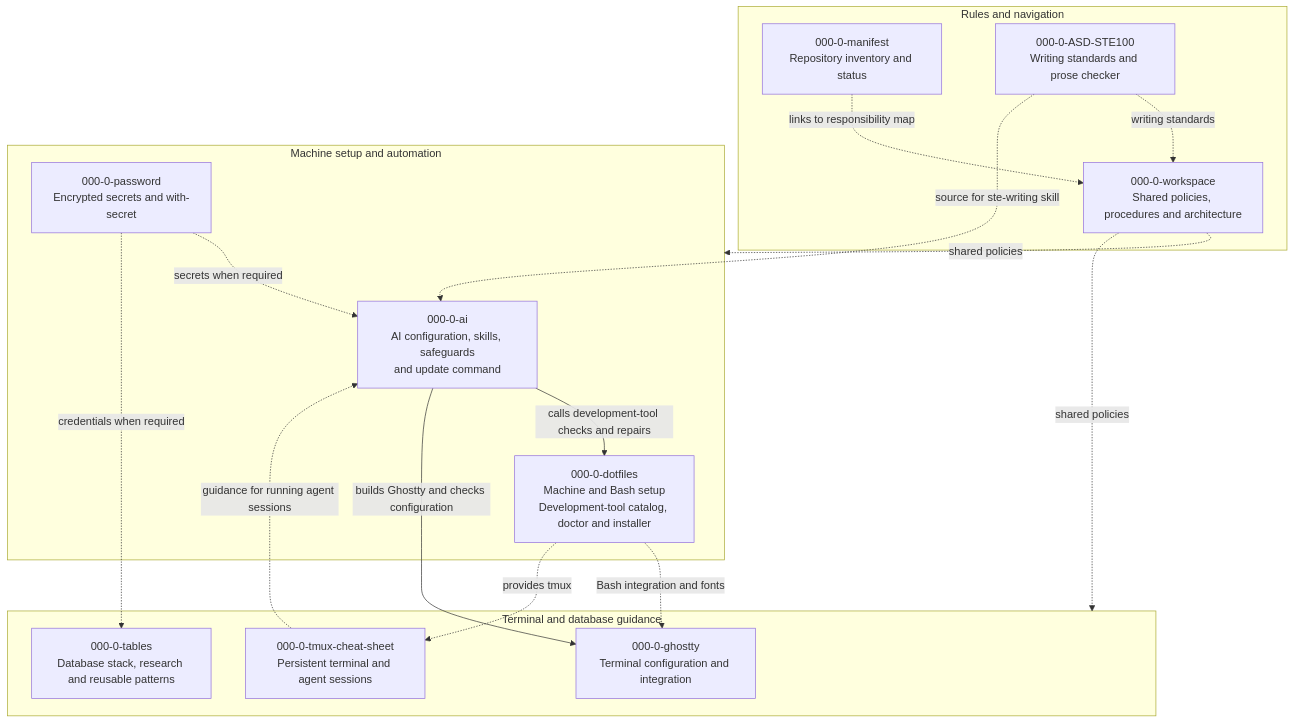
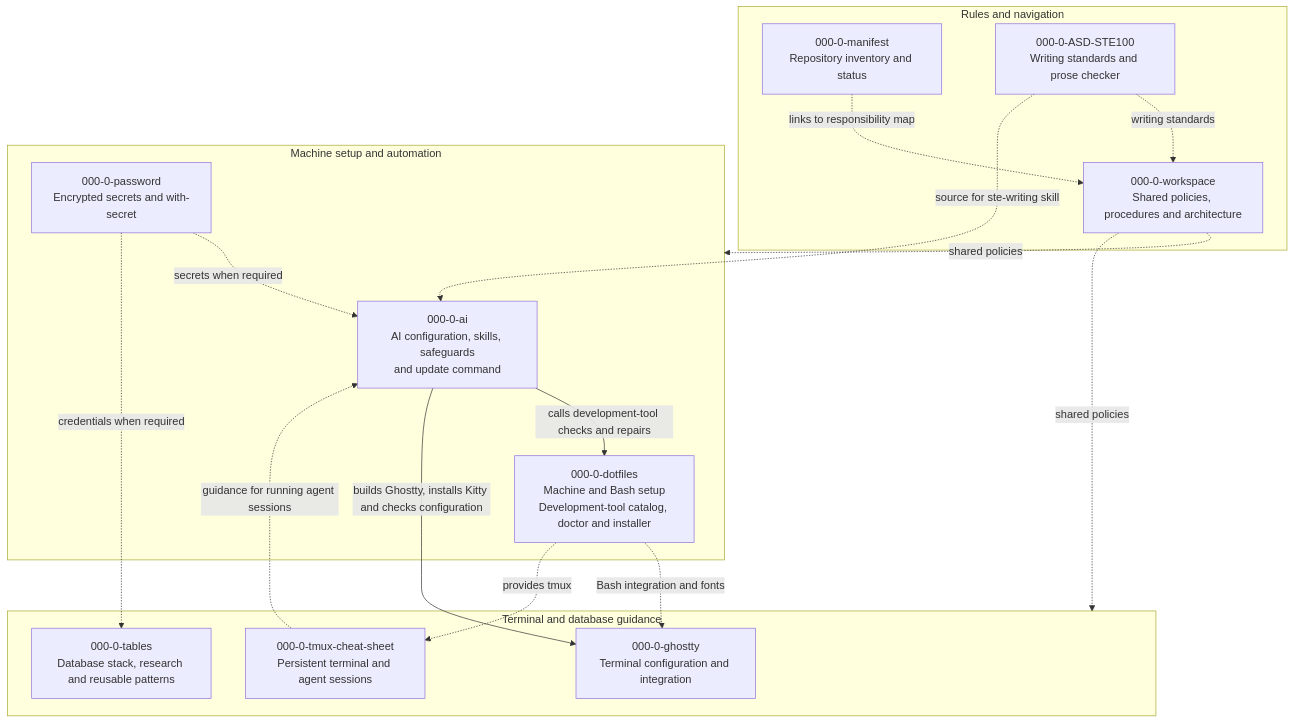
Before and after one commit to kairin/000-0-manifest: the first of 2 diagrams in README.md, drawn with Mermaid. The commit also changed other lines of this file, not shown here.

````diff
--- a/README.md
+++ b/README.md
@@ -1,36 +1,36 @@
 ```mermaid
 flowchart TB
     subgraph Rules["Rules and navigation"]
         W["000-0-workspace<br/>Shared policies, procedures and architecture"]
         M["000-0-manifest<br/>Repository inventory and status"]
         S["000-0-ASD-STE100<br/>Writing standards and prose checker"]
     end
 
     subgraph Operations["Machine setup and automation"]
         A["000-0-ai<br/>AI configuration, skills, safeguards<br/>and update command"]
         D["000-0-dotfiles<br/>Machine and Bash setup<br/>Development-tool catalog, doctor and installer"]
         P["000-0-password<br/>Encrypted secrets and with-secret"]
     end
 
     subgraph Specialist["Terminal and database guidance"]
         G["000-0-ghostty<br/>Terminal configuration and integration"]
         TM["000-0-tmux-cheat-sheet<br/>Persistent terminal and agent sessions"]
         T["000-0-tables<br/>Database stack, research and reusable patterns"]
     end
 
     W -. "shared policies" .-> Operations
     W -. "shared policies" .-> Specialist
     M -. "links to responsibility map" .-> W
     S -. "writing standards" .-> W
     S -. "source for ste-writing skill" .-> A
 
     A -->|"calls development-tool checks and repairs"| D
-    A -->|"builds Ghostty and checks configuration"| G
+    A -->|"builds Ghostty, installs Kitty and checks configuration"| G
 
     D -. "Bash integration and fonts" .-> G
     D -. "provides tmux" .-> TM
     TM -. "guidance for running agent sessions" .-> A
 
     P -. "secrets when required" .-> A
     P -. "credentials when required" .-> T
 ```
````
